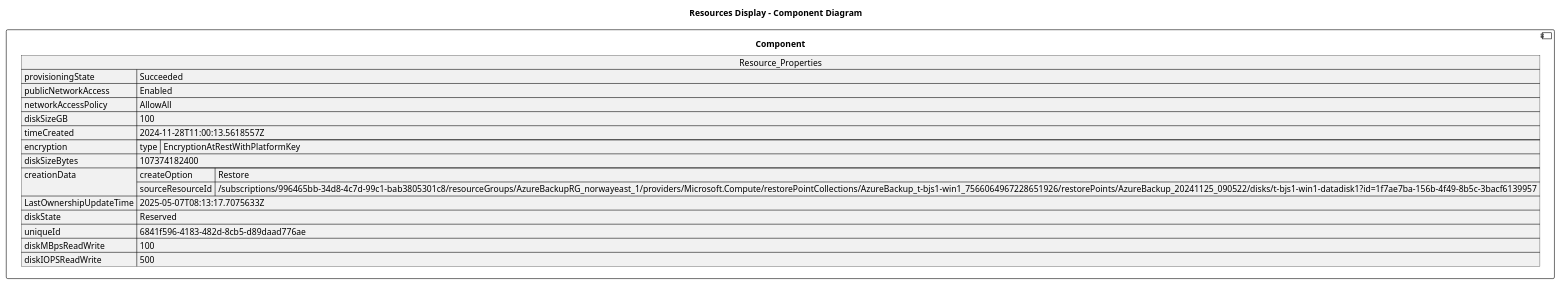
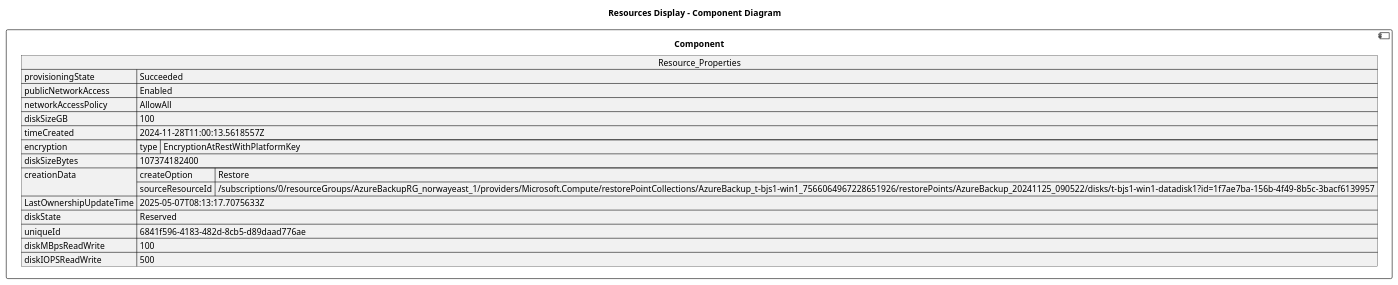
The diagram in architectureDesign/PUML/rg-audun_Resources/svmaujtest-datadisk-000-20241128-110010.puml (DanielAmpong/Test-Azure-architecture-diagram), drawn with PlantUML before and after one commit. The commit also changed 321 other files, not shown here.

```diff
--- a/architectureDesign/PUML/rg-audun_Resources/svmaujtest-datadisk-000-20241128-110010.puml
+++ b/architectureDesign/PUML/rg-audun_Resources/svmaujtest-datadisk-000-20241128-110010.puml
@@ -1,28 +1,28 @@
 @startuml
 
 title Resources Display - Component Diagram
 
 component Component {
 
 json  Resource_Properties {
   "provisioningState": "Succeeded",
   "publicNetworkAccess": "Enabled",
   "networkAccessPolicy": "AllowAll",
   "diskSizeGB": 100,
   "timeCreated": "2024-11-28T11:00:13.5618557Z",
   "encryption": {
     "type": "EncryptionAtRestWithPlatformKey"
   },
   "diskSizeBytes": 107374182400,
   "creationData": {
     "createOption": "Restore",
-    "sourceResourceId": "/subscriptions/996465bb-34d8-4c7d-99c1-bab3805301c8/resourceGroups/AzureBackupRG_norwayeast_1/providers/Microsoft.Compute/restorePointCollections/AzureBackup_t-bjs1-win1_7566064967228651926/restorePoints/AzureBackup_20241125_090522/disks/t-bjs1-win1-datadisk1?id=1f7ae7ba-156b-4f49-8b5c-3bacf6139957"
+    "sourceResourceId": "/subscriptions/0/resourceGroups/AzureBackupRG_norwayeast_1/providers/Microsoft.Compute/restorePointCollections/AzureBackup_t-bjs1-win1_7566064967228651926/restorePoints/AzureBackup_20241125_090522/disks/t-bjs1-win1-datadisk1?id=1f7ae7ba-156b-4f49-8b5c-3bacf6139957"
   },
   "LastOwnershipUpdateTime": "2025-05-07T08:13:17.7075633Z",
   "diskState": "Reserved",
   "uniqueId": "6841f596-4183-482d-8cb5-d89daad776ae",
   "diskMBpsReadWrite": 100,
   "diskIOPSReadWrite": 500
 }
 }
 @enduml
```
